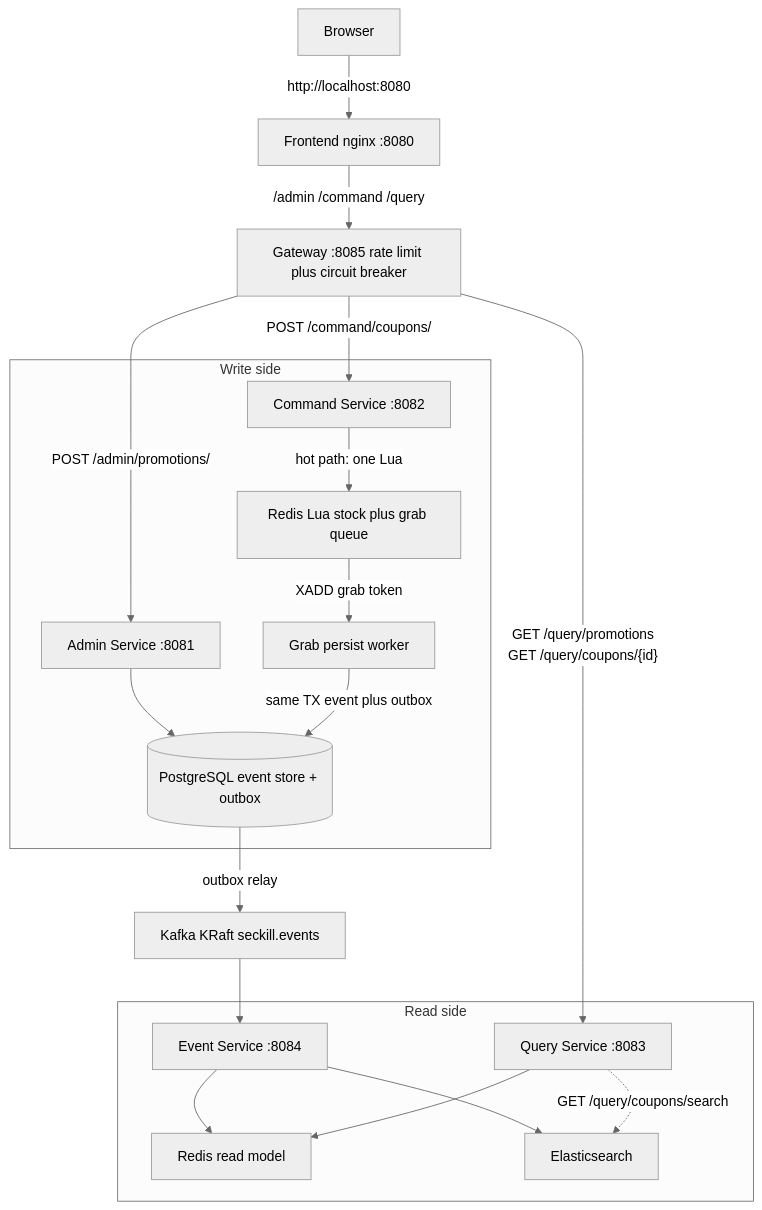
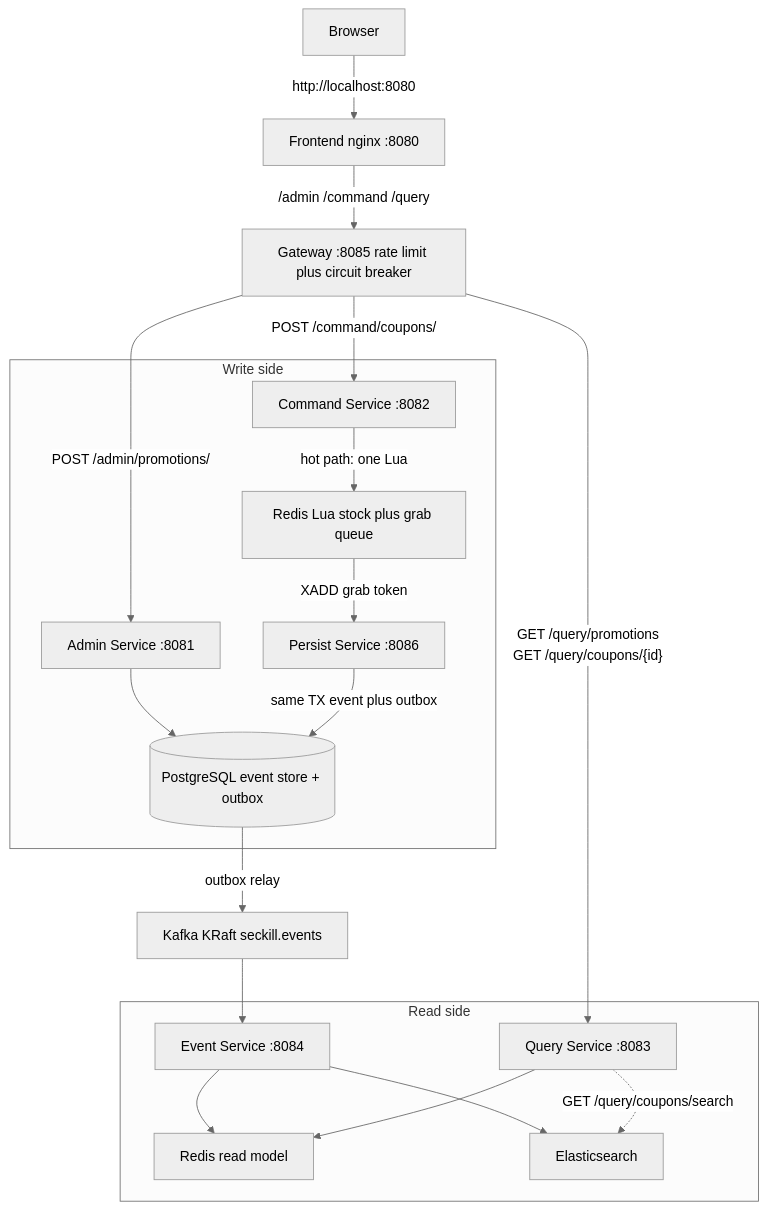
Before and after one commit to fanqingsong/seckill: the first of 3 diagrams in README.md, drawn with Mermaid (neutral theme). The commit also changed other lines of this file and 13 other files, not shown here.

First line of the commit message:
Move grab persistence into its own service.

````diff
--- a/README.md
+++ b/README.md
@@ -39,39 +40,39 @@
 ```mermaid
 flowchart TB
   User["Browser"]
   FE["Frontend nginx :8080"]
   GW["Gateway :8085 rate limit plus circuit breaker"]
 
   subgraph writeSide["Write side"]
     Admin["Admin Service :8081"]
     Cmd["Command Service :8082"]
+    Persist["Persist Service :8086"]
     RedisHot["Redis Lua stock plus grab queue"]
-    Worker["Grab persist worker"]
     PG[("PostgreSQL event store + outbox")]
   end
 
   Kafka["Kafka KRaft seckill.events"]
 
   subgraph readSide["Read side"]
     Event["Event Service :8084"]
     Query["Query Service :8083"]
     RedisRead["Redis read model"]
     ES["Elasticsearch"]
   end
 
   User -->|"http://localhost:8080"| FE
   FE -->|"/admin /command /query"| GW
   GW -->|"POST /admin/promotions/"| Admin
   GW -->|"POST /command/coupons/"| Cmd
   GW -->|"GET /query/promotions<br/>GET /query/coupons/{id}"| Query
   Admin --> PG
   Cmd -->|"hot path: one Lua"| RedisHot
-  RedisHot -->|"XADD grab token"| Worker
-  Worker -->|"same TX event plus outbox"| PG
+  RedisHot -->|"XADD grab token"| Persist
+  Persist -->|"same TX event plus outbox"| PG
   PG -->|"outbox relay"| Kafka
   Kafka --> Event
   Event --> RedisRead
   Event --> ES
   Query --> RedisRead
   Query -.->|"GET /query/coupons/search"| ES
 ```
````
